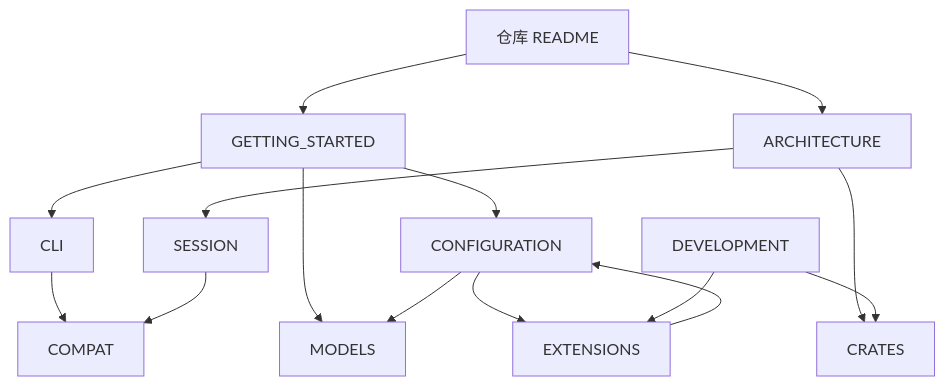
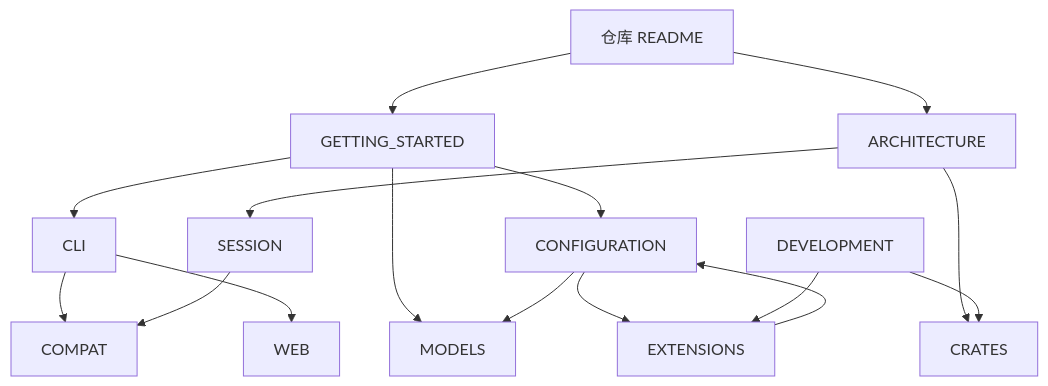
One commit to myopz/zi changed the diagram in docs/README.md. Above: the diagram before and after it, drawn with Mermaid. The commit also changed other lines of this file and 66 other files, not shown here.

````diff
--- a/docs/README.md
+++ b/docs/README.md
@@ -7,29 +7,31 @@
 ```mermaid
 flowchart TB
   README[仓库 README]
   GS[GETTING_STARTED]
   ARCH[ARCHITECTURE]
   CLI[CLI]
+  WEB[WEB]
   CFG[CONFIGURATION]
   MODELS[MODELS]
   CRATES[CRATES]
   SESS[SESSION]
   COMPAT[COMPAT]
   DEV[DEVELOPMENT]
   EXT[EXTENSIONS]
 
   README --> GS
   README --> ARCH
   GS --> CLI
   GS --> CFG
   GS --> MODELS
   CFG --> MODELS
   CFG --> EXT
   ARCH --> CRATES
   ARCH --> SESS
   CLI --> COMPAT
+  CLI --> WEB
   SESS --> COMPAT
   DEV --> CRATES
   DEV --> EXT
   EXT --> CFG
 ```
````
